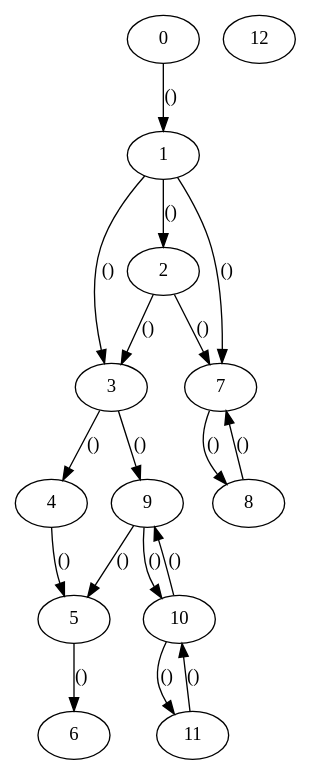
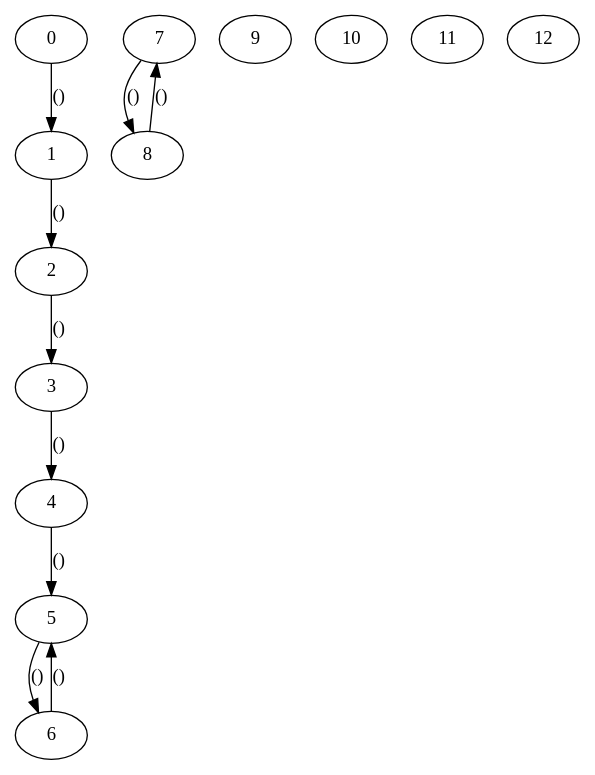
The diagram in workflow.dot (jakubslowik/dddd), drawn with Graphviz before and after one commit.

```diff
--- a/workflow.dot
+++ b/workflow.dot
@@ -1,37 +1,28 @@
 
 digraph G {
 u0[label="0"];
 u1[label="1"];
 u2[label="2"];
 u3[label="3"];
 u4[label="4"];
 u5[label="5"];
 u6[label="6"];
 u7[label="7"];
 u8[label="8"];
 u9[label="9"];
 u10[label="10"];
 u11[label="11"];
 u12[label="12"];
 u0 -> u1[label="()"];
 u1 -> u2[label="()"];
 u2 -> u3[label="()"];
 u3 -> u4[label="()"];
 u4 -> u5[label="()"];
 u5 -> u6[label="()"];
-
-u1 -> u7[label="()"];
-u2 -> u7[label="()"];
+u6 -> u5[label="()"];
 u7 -> u8[label="()"];
 u8 -> u7[label="()"];
 
-u1 -> u3[label="()"];
 
-u3 -> u9[label="()"];
-u9 -> u5[label="()"];
-u9 -> u10[label="()"];
-u10 -> u9[label="()"];
-u10 -> u11[label="()"];
-u11 -> u10[label="()"];
 
 }
```
